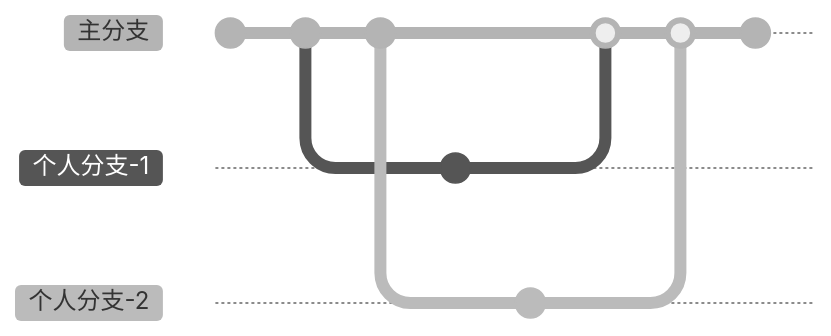
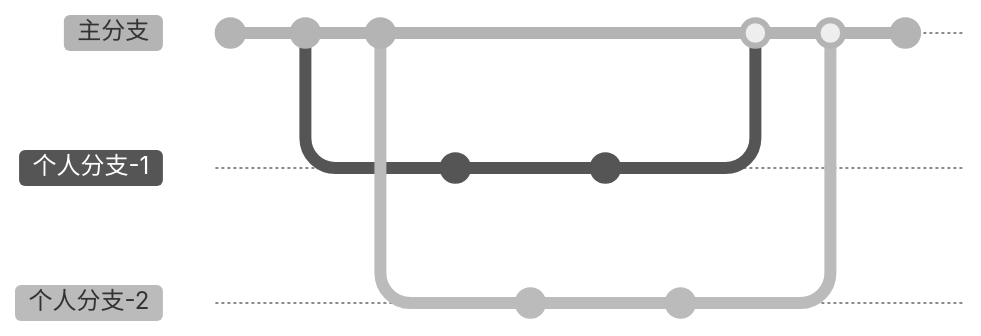
The first of 2 diagrams in notes/git.md (OmooLab/omoolab), drawn with Mermaid before and after one commit. The commit also changed other lines of this file and 3 other files, not shown here. Commit ids are hidden.

````diff
--- a/notes/git.md
+++ b/notes/git.md
@@ -9,25 +9,29 @@
 ```mermaid
 ---
 config:
   theme: neutral
   gitGraph:
     mainBranchName: "主分支"
     showCommitLabel: false
 ---
 gitGraph
   commit
   commit
   branch "个人分支-1"
   checkout "主分支"
   commit
   branch "个人分支-2"
   checkout "个人分支-1"
   commit
   checkout "个人分支-2"
   commit
+  checkout "个人分支-1"
+  commit
+  checkout "个人分支-2"
+  commit
   checkout "主分支"
   merge "个人分支-1"
   checkout "主分支"
   merge "个人分支-2"
   commit
 ```
````
